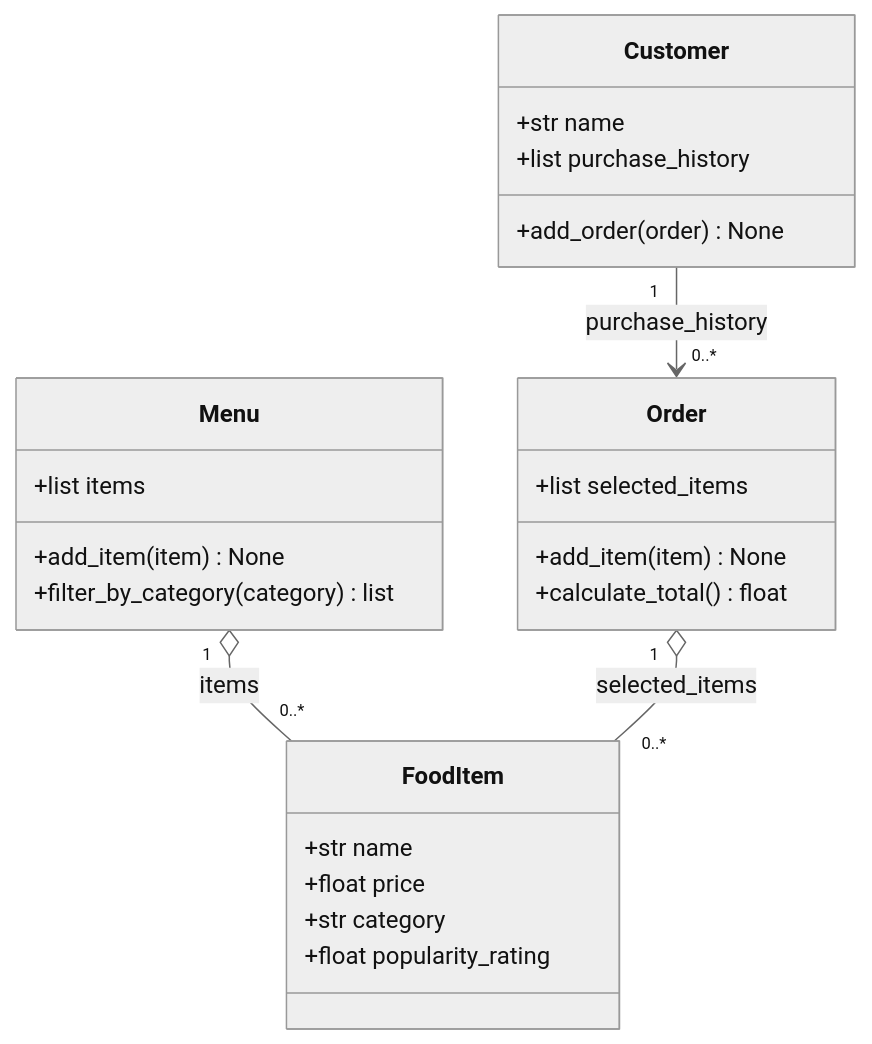
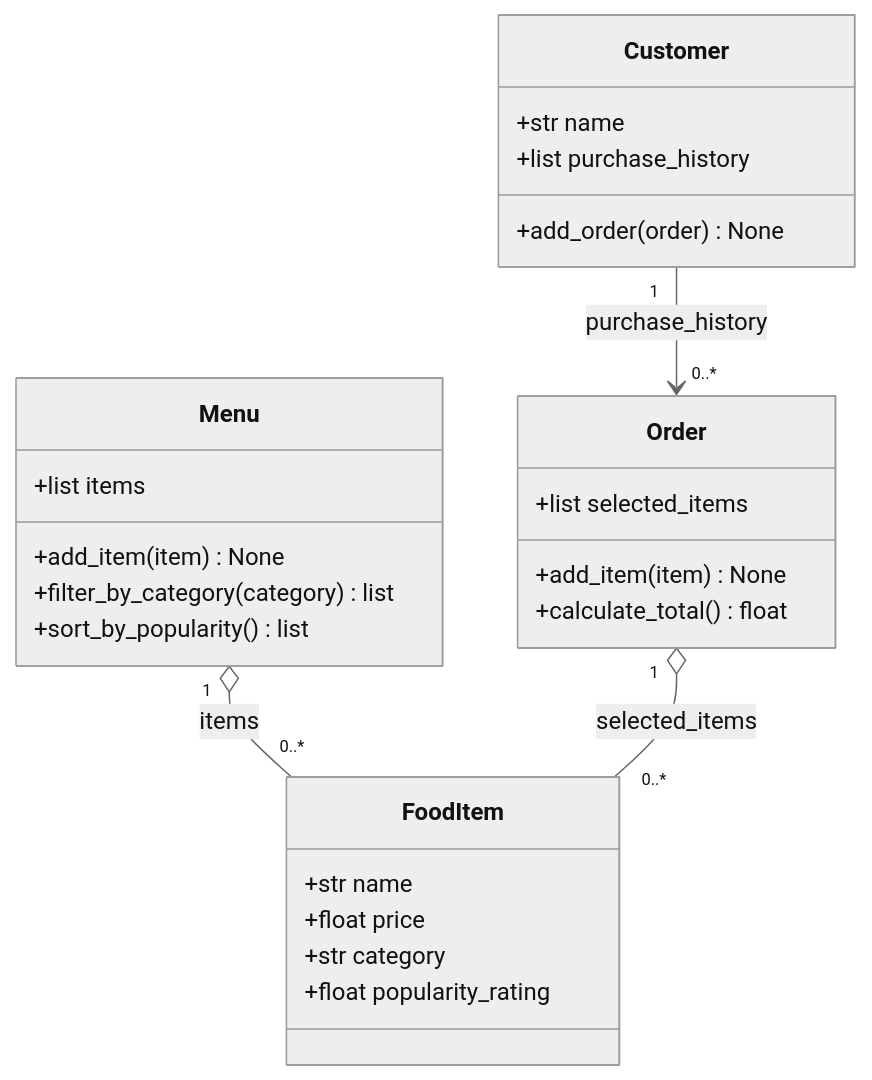
The diagram in bytebites_design.md (David653-LAB/ai110-module2tinker-bytebites), drawn with Mermaid (neutral theme) before and after one commit.

Commit message:
Update UML with popularity sorting method

````diff
--- a/bytebites_design.md
+++ b/bytebites_design.md
@@ -3,31 +3,32 @@
 ```mermaid
 classDiagram
     class Customer {
         +str name
         +list purchase_history
         +add_order(order) None
     }
 
     class FoodItem {
         +str name
         +float price
         +str category
         +float popularity_rating
     }
 
     class Menu {
         +list items
         +add_item(item) None
         +filter_by_category(category) list
+        +sort_by_popularity() list
     }
 
     class Order {
         +list selected_items
         +add_item(item) None
         +calculate_total() float
     }
 
     Customer "1" --> "0..*" Order : purchase_history
     Menu "1" o-- "0..*" FoodItem : items
     Order "1" o-- "0..*" FoodItem : selected_items
 ```
````
